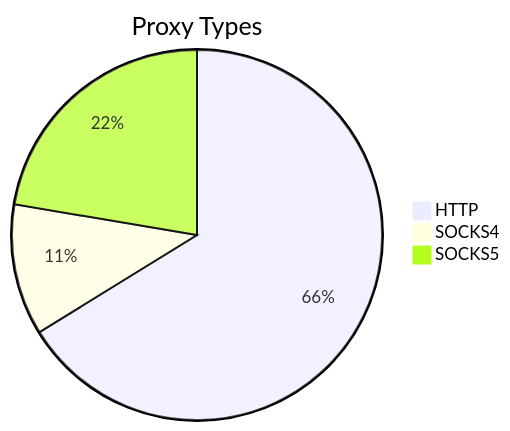
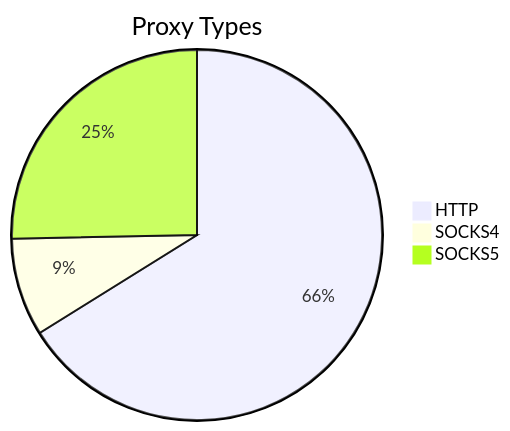
One commit to stormsia/proxy-list changed the first of 2 diagrams in README.md. Above: the diagram before and after it, drawn with Mermaid. The commit also changed other lines of this file, not shown here.

````diff
--- a/README.md
+++ b/README.md
@@ -21,6 +21,6 @@
 ```mermaid
 pie title Proxy Types
-    "HTTP" : 237
-    "SOCKS4" : 41
+    "HTTP" : 209
+    "SOCKS4" : 27
     "SOCKS5" : 80
 ```
````
